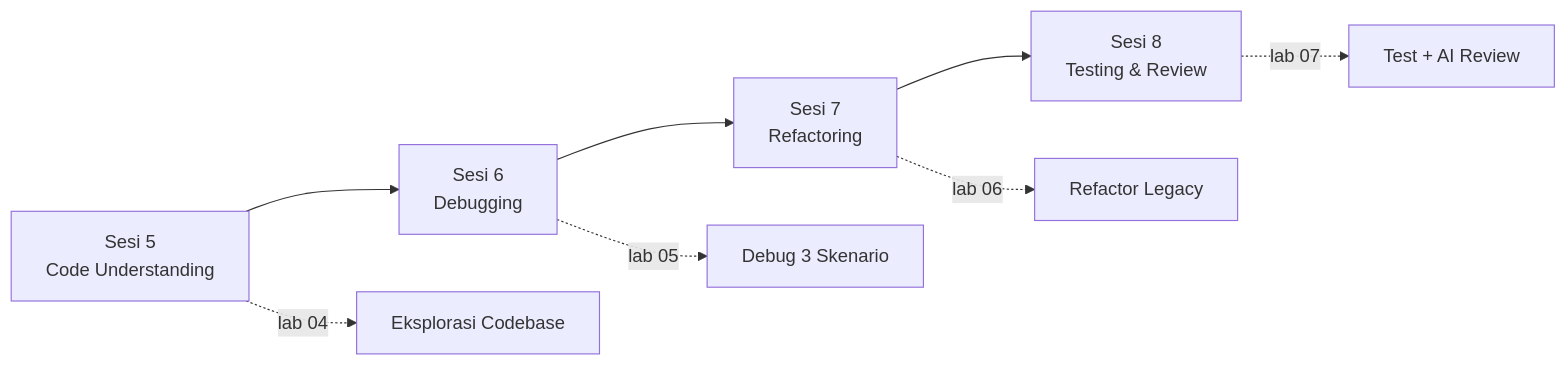
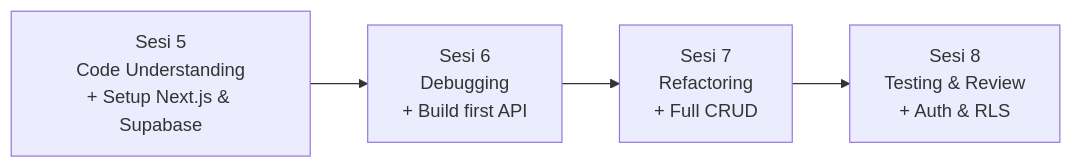
Before and after one commit to githubna-ilham/AI_Cursor: the diagram in Hari-2-Code-Understanding-Debugging-Refactoring/README.md, drawn with Mermaid. The commit also changed other lines of this file and 1 other file, not shown here.

````diff
--- a/Hari-2-Code-Understanding-Debugging-Refactoring/README.md
+++ b/Hari-2-Code-Understanding-Debugging-Refactoring/README.md
@@ -22,10 +36,6 @@
 ```mermaid
 flowchart LR
-    S5[Sesi 5<br/>Code Understanding] --> S6[Sesi 6<br/>Debugging]
-    S6 --> S7[Sesi 7<br/>Refactoring]
-    S7 --> S8[Sesi 8<br/>Testing & Review]
-    S5 -.lab 04.-> L4[Eksplorasi Codebase]
-    S6 -.lab 05.-> L5[Debug 3 Skenario]
-    S7 -.lab 06.-> L6[Refactor Legacy]
-    S8 -.lab 07.-> L7[Test + AI Review]
+    S5[Sesi 5<br/>Code Understanding<br/>+ Setup Next.js & Supabase] --> S6[Sesi 6<br/>Debugging<br/>+ Build first API]
+    S6 --> S7[Sesi 7<br/>Refactoring<br/>+ Full CRUD]
+    S7 --> S8[Sesi 8<br/>Testing & Review<br/>+ Auth & RLS]
 ```
````
